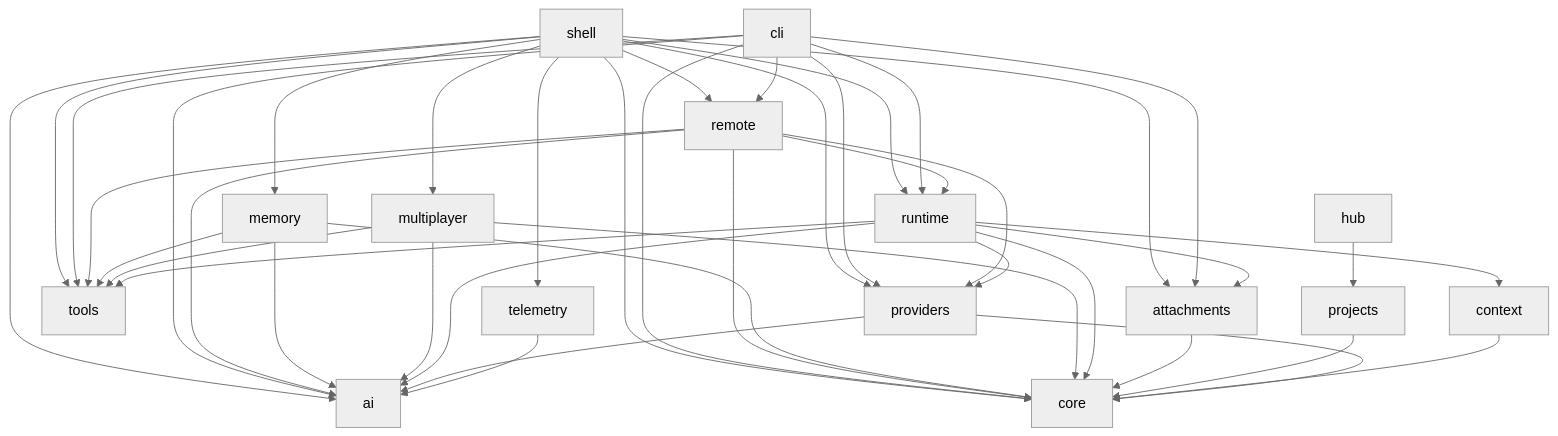
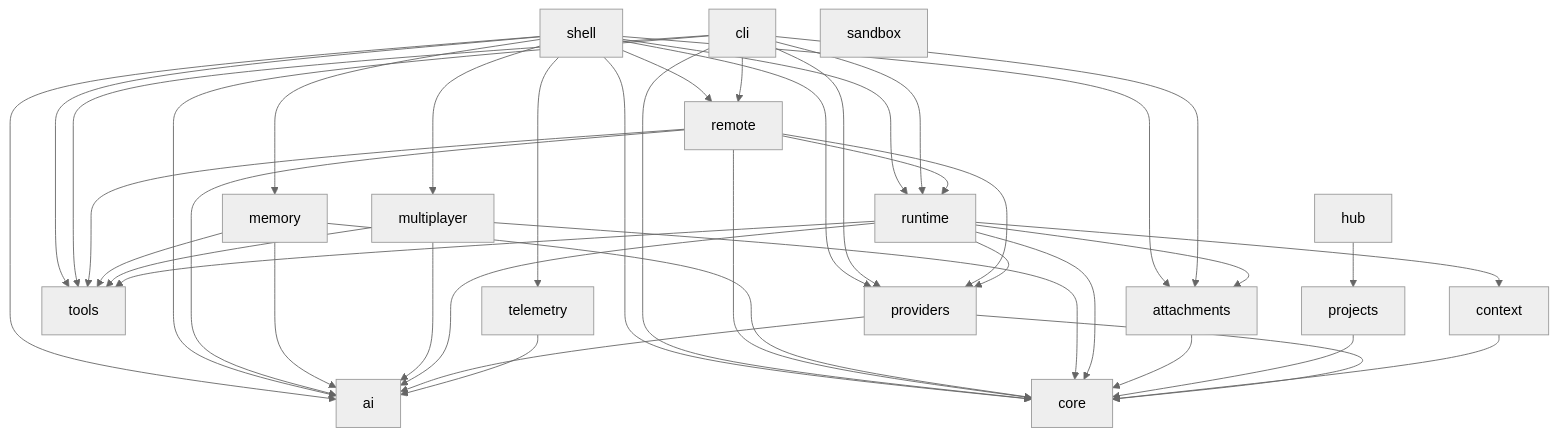
The diagram in docs/architecture.md (v3dqnt/Vivianne-Rust), drawn with Mermaid (neutral theme) before and after one commit. The commit also changed other lines of this file and 14 other files, not shown here.

````diff
--- a/docs/architecture.md
+++ b/docs/architecture.md
@@ -46,18 +47,19 @@
 ```mermaid
 graph TD
   shell --> memory & multiplayer & remote & runtime & providers & tools & telemetry & core & ai & attachments
   cli --> remote & runtime & providers & tools & core & ai & attachments
   remote --> runtime & providers & tools & core & ai
   memory --> tools & core & ai
   multiplayer --> tools & core & ai
   runtime --> providers & tools & core & ai & attachments & context
   attachments --> core
   projects --> core
   hub --> projects
+  sandbox
   context --> core
   providers --> core & ai
   telemetry --> ai
   tools
   core
   ai
 ```
````
